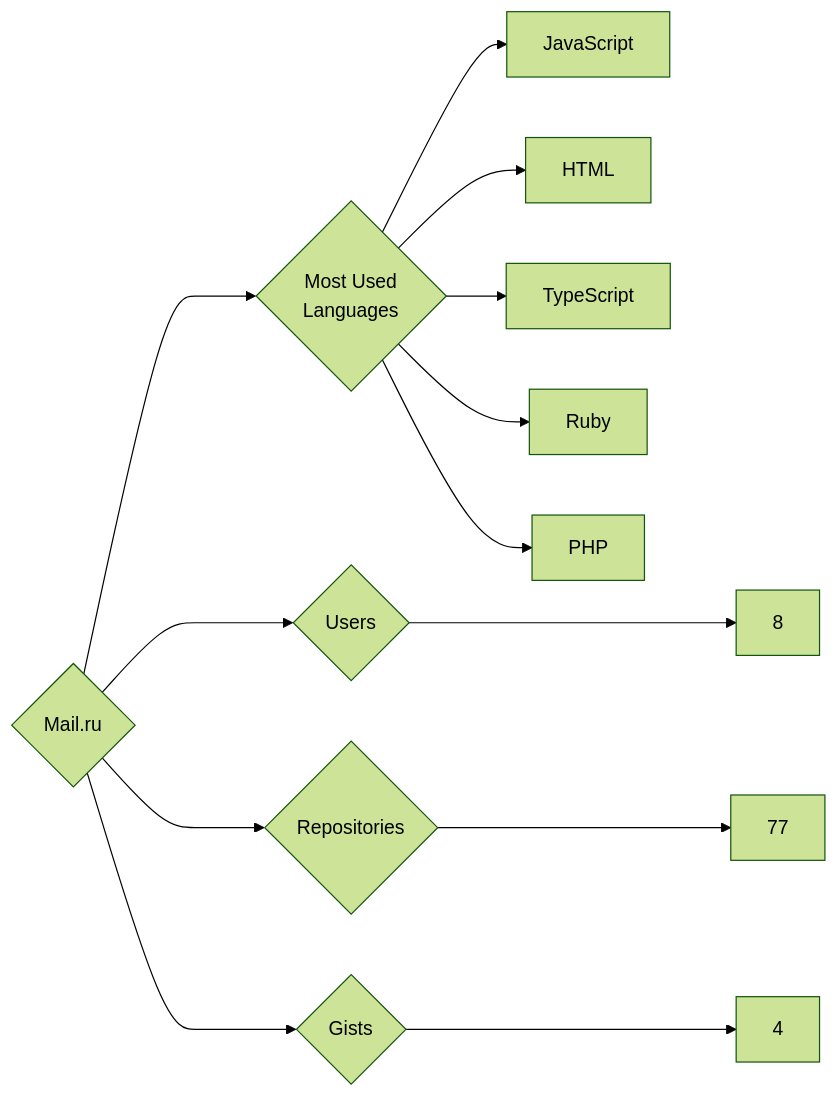
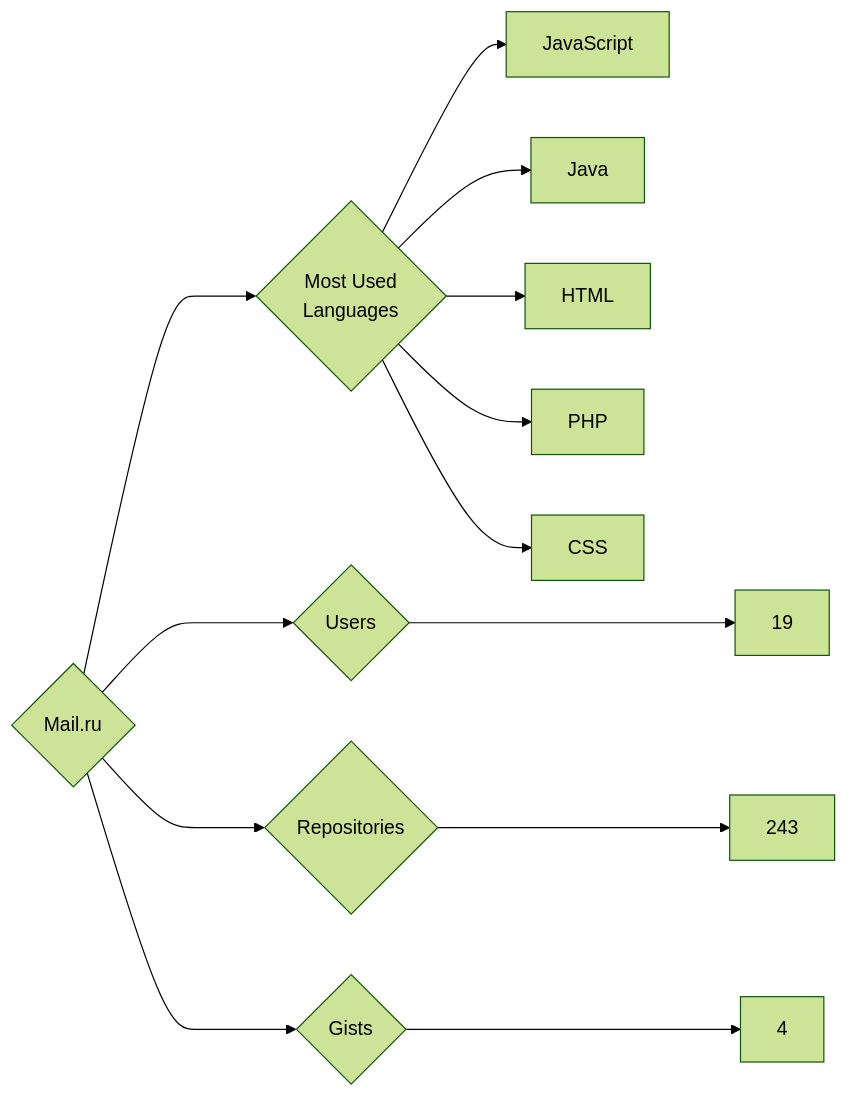
The diagram in targets/Mail.ru/README.md (trickest/insiders), drawn with Mermaid (forest theme) before and after one commit. The commit also changed 916 other files, not shown here.

````diff
--- a/targets/Mail.ru/README.md
+++ b/targets/Mail.ru/README.md
@@ -3,13 +3,13 @@
 ```mermaid
 graph LR
 COMPANY_NAME{Mail.ru}
-COMPANY_NAME ---> U{Users} ---> UN[8]
-COMPANY_NAME ---> R{Repositories} ---> RN[77]
+COMPANY_NAME ---> U{Users} ---> UN[19]
+COMPANY_NAME ---> R{Repositories} ---> RN[243]
 COMPANY_NAME ---> G{Gists} ---> GN[4]
 COMPANY_NAME ---> ML{Most Used<br>Languages}
 ML --> JavaScript[JavaScript]
+ML --> Java[Java]
 ML --> HTML[HTML]
-ML --> TypeScript[TypeScript]
-ML --> Ruby[Ruby]
 ML --> PHP[PHP]
+ML --> CSS[CSS]
 ```
````
